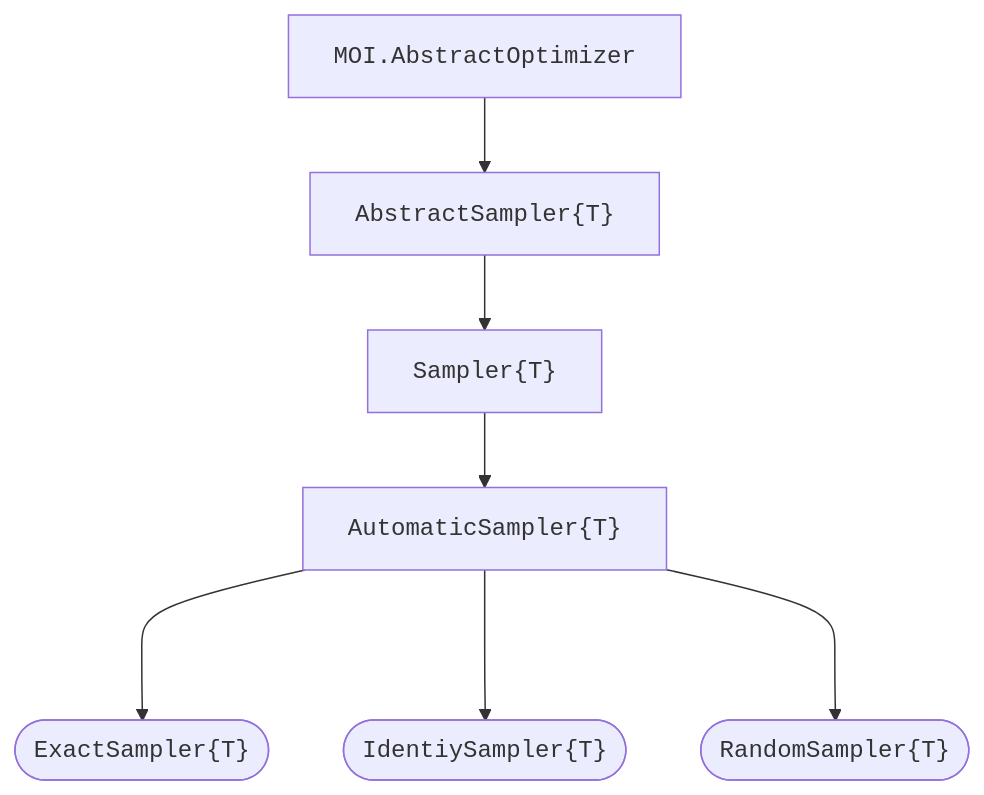
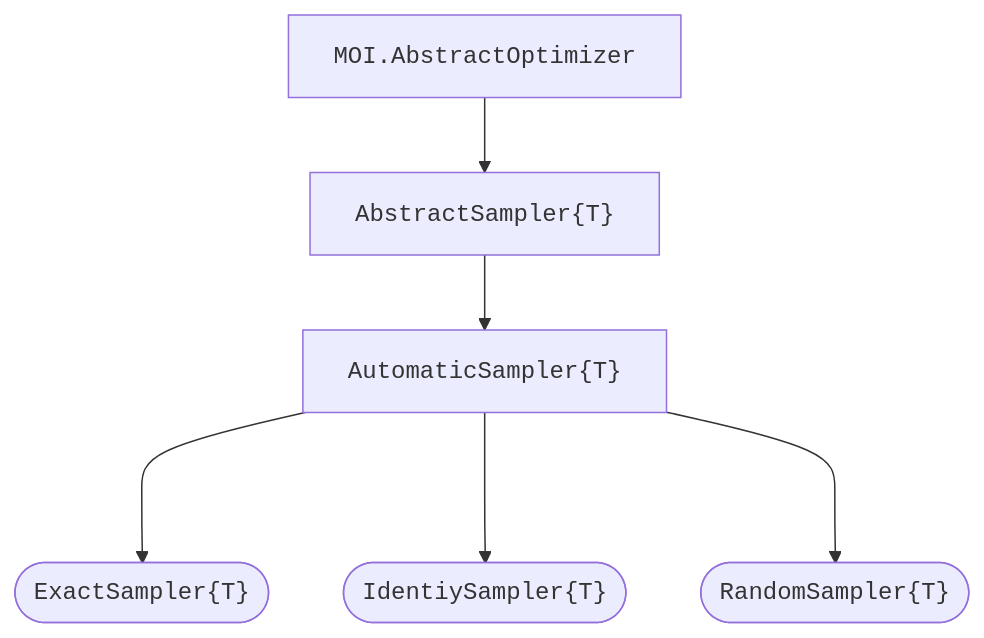
Before and after one commit to psrenergy/Anneal.jl: the diagram in README.md, drawn with Mermaid. The commit also changed other lines of this file and 8 other files, not shown here.

````diff
--- a/README.md
+++ b/README.md
@@ -81,19 +81,17 @@
 ```mermaid
 flowchart TD;
     OPTIMIZER["<code>MOI.AbstractOptimizer</code>"];
     ABSTRACT["<code>AbstractSampler{T}</code>"];
-    SAMPLER["<code>Sampler{T}</code>"];
     AUTOMATIC["<code>AutomaticSampler{T}</code>"];
 
     EXACT(["<code>ExactSampler{T}</code>"]);
     IDENTITY(["<code>IdentiySampler{T}</code>"]);
     RANDOM(["<code>RandomSampler{T}</code>"]);
 
     OPTIMIZER --> ABSTRACT;
-    ABSTRACT --> SAMPLER;
-    SAMPLER --> AUTOMATIC;
+    ABSTRACT  --> AUTOMATIC;
 
     AUTOMATIC ---> EXACT;
     AUTOMATIC ---> IDENTITY;
     AUTOMATIC ---> RANDOM;
 ```
````
